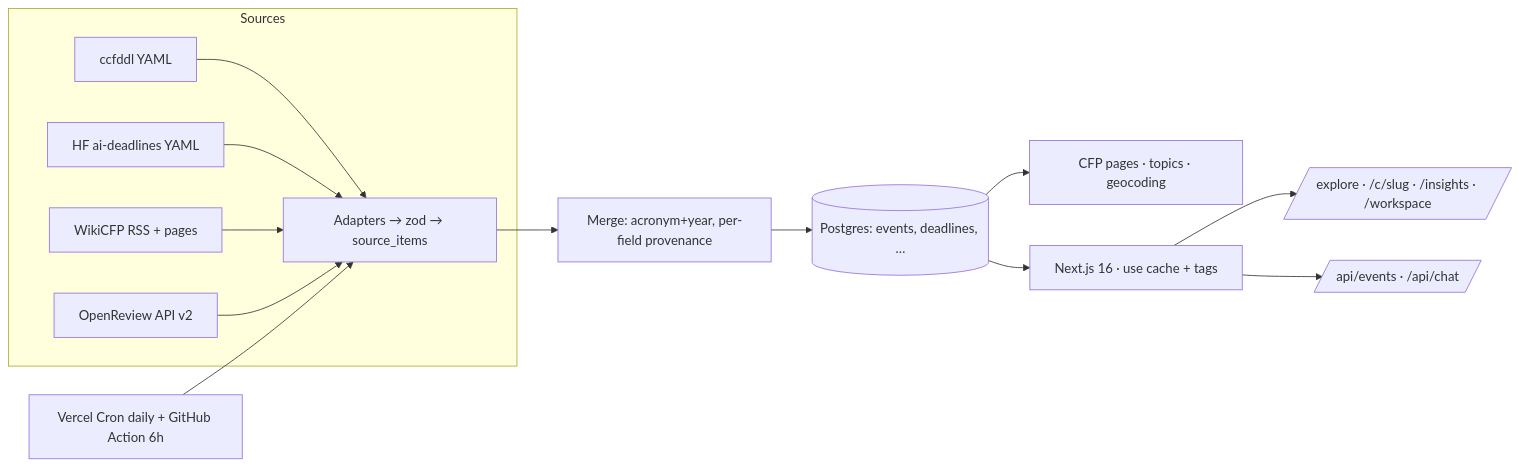
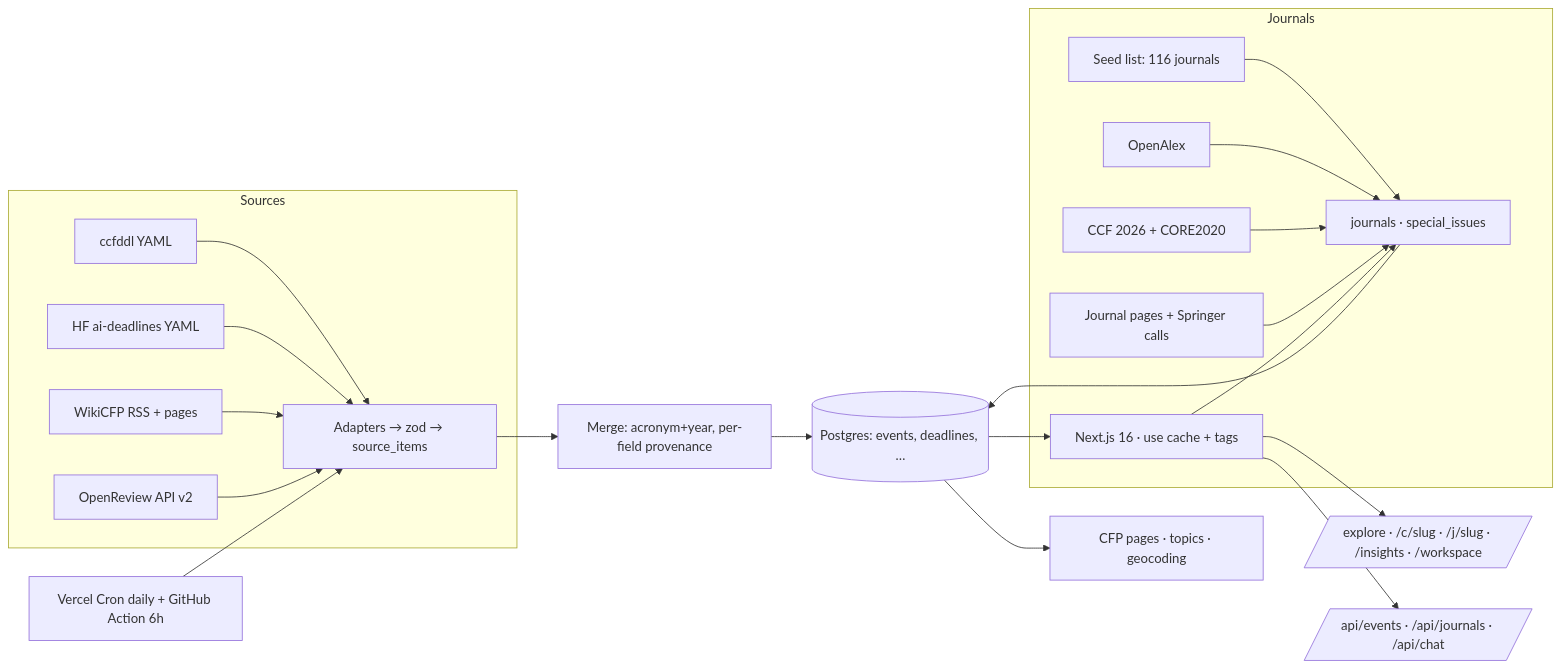
Before and after one commit to Xenomorph27/Findress: the diagram in README.md, drawn with Mermaid. The commit also changed other lines of this file and 15 other files, not shown here.

````diff
--- a/README.md
+++ b/README.md
@@ -14,16 +15,24 @@
 ```mermaid
 flowchart LR
   subgraph Sources
     A[ccfddl YAML] --> I
     B[HF ai-deadlines YAML] --> I
     C[WikiCFP RSS + pages] --> I
     D[OpenReview API v2] --> I
   end
+  subgraph Journals
+    S[Seed list: 116 journals] --> JN
+    OA[OpenAlex] --> JN
+    R[CCF 2026 + CORE2020] --> JN
+    P[Journal pages + Springer calls] --> JN
+    W[WikiCFP special issues] --> JN
+  end
+  JN[journals · special_issues] --> E
   I[Adapters → zod → source_items] --> M[Merge: acronym+year, per-field provenance]
   M --> E[(Postgres: events, deadlines, …)]
   E --> F[CFP pages · topics · geocoding]
   E --> W[Next.js 16 · use cache + tags]
-  W --> UI[/explore · /c/slug · /insights · /workspace/]
-  W --> API[/api/events · /api/chat/]
+  W --> UI[/explore · /c/slug · /j/slug · /insights · /workspace/]
+  W --> API[/api/events · /api/journals · /api/chat/]
   Cron[Vercel Cron daily + GitHub Action 6h] --> I
 ```
````
